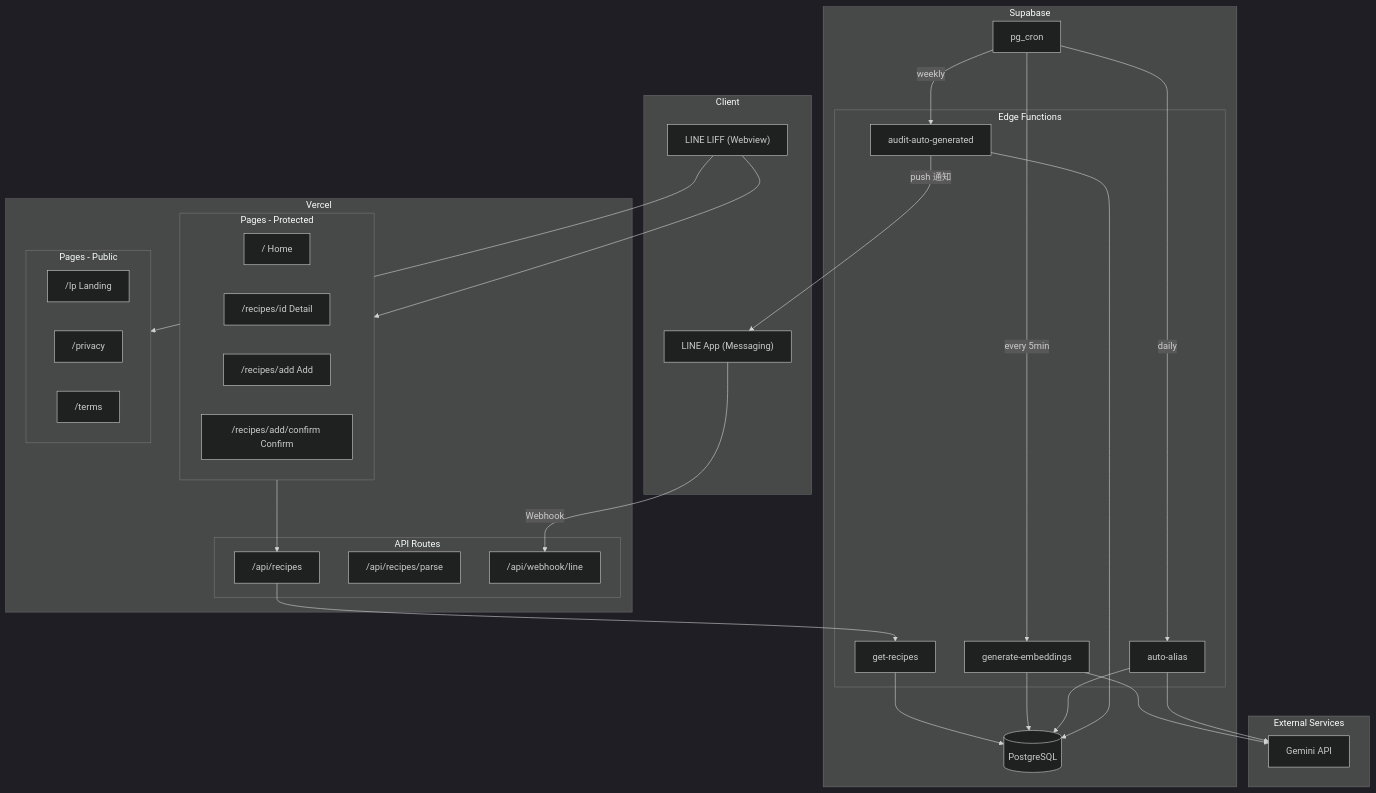
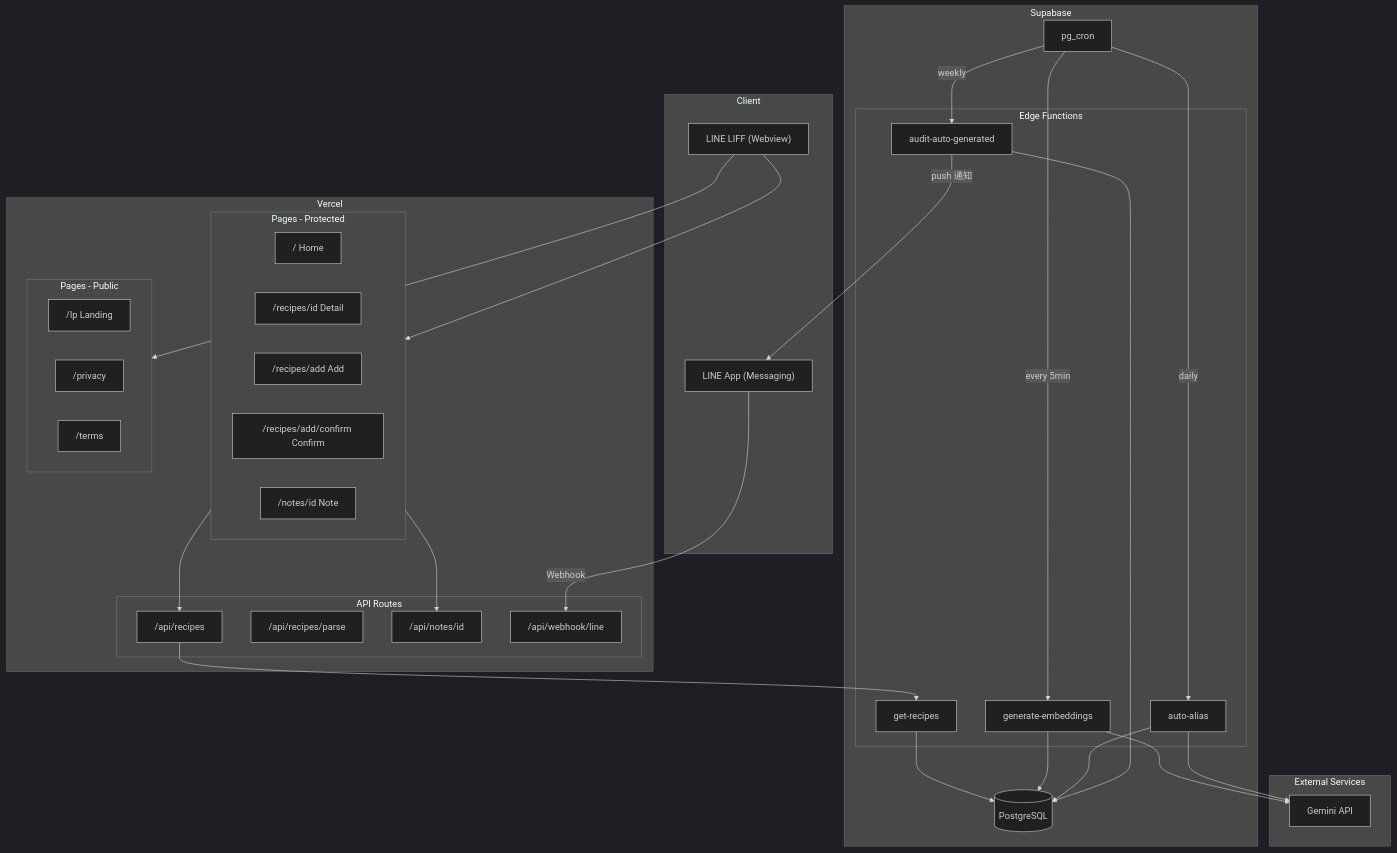
Before and after one commit to mktu/recipe-app: the first of 13 diagrams in docs/ARCHITECTURE.md, drawn with Mermaid (dark theme). The commit also changed other lines of this file and 19 other files, not shown here.

````diff
--- a/docs/ARCHITECTURE.md
+++ b/docs/ARCHITECTURE.md
@@ -145,64 +145,67 @@
 ```mermaid
 graph TB
     subgraph Client["Client"]
         LIFF["LINE LIFF (Webview)"]
         LINEApp["LINE App (Messaging)"]
     end
 
     subgraph Vercel["Vercel"]
         subgraph Pages["Pages - Protected"]
             Home["/ Home"]
             Detail["/recipes/id Detail"]
             Add["/recipes/add Add"]
             Confirm["/recipes/add/confirm Confirm"]
+            Note["/notes/id Note"]
         end
 
         subgraph Public["Pages - Public"]
             LP["/lp Landing"]
             Privacy["/privacy"]
             Terms["/terms"]
         end
 
         subgraph APIRoutes["API Routes"]
             RecipeAPI["/api/recipes"]
             ParseAPI["/api/recipes/parse"]
+            NoteAPI["/api/notes/id"]
             WebhookAPI["/api/webhook/line"]
         end
     end
 
     subgraph Supabase["Supabase"]
         DB[("PostgreSQL")]
 
         subgraph EdgeFunctions["Edge Functions"]
             GetRecipes["get-recipes"]
             GenEmbed["generate-embeddings"]
             AutoAlias["auto-alias"]
             Audit["audit-auto-generated"]
         end
 
         Cron["pg_cron"]
     end
 
     subgraph External["External Services"]
         Gemini["Gemini API"]
     end
 
     LIFF --> Pages
     LIFF --> Public
     LINEApp -->|Webhook| WebhookAPI
 
     Pages --> RecipeAPI
+    Pages --> NoteAPI
     RecipeAPI --> GetRecipes
 
     GetRecipes --> DB
     GenEmbed --> DB
     GenEmbed --> Gemini
     AutoAlias --> DB
     AutoAlias --> Gemini
     Audit --> DB
     Audit -->|push 通知| LINEApp
 
     Cron -->|every 5min| GenEmbed
     Cron -->|daily| AutoAlias
     Cron -->|weekly| Audit
 ```
````
